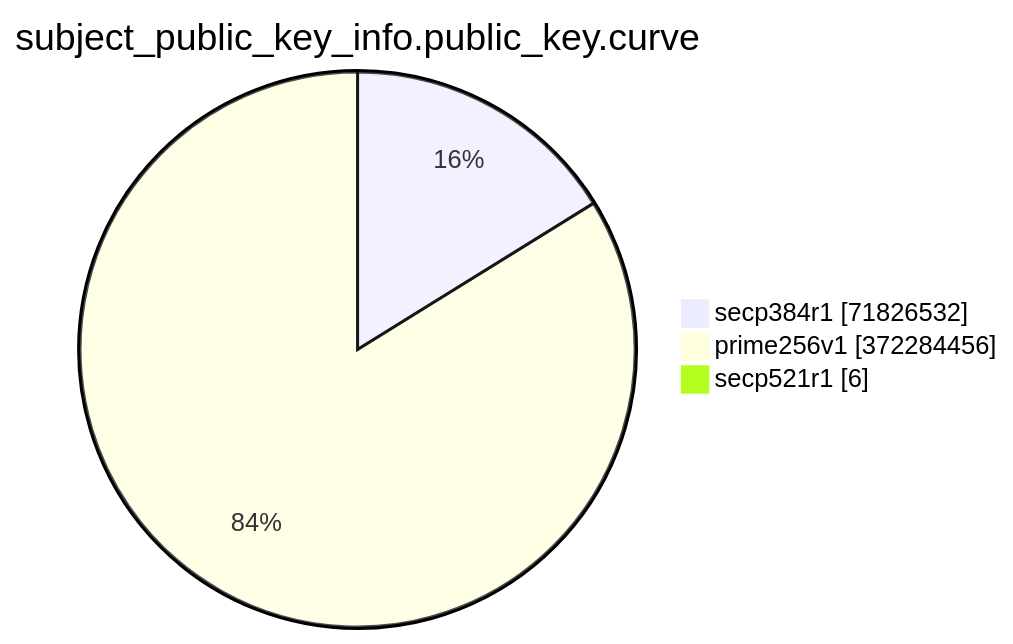
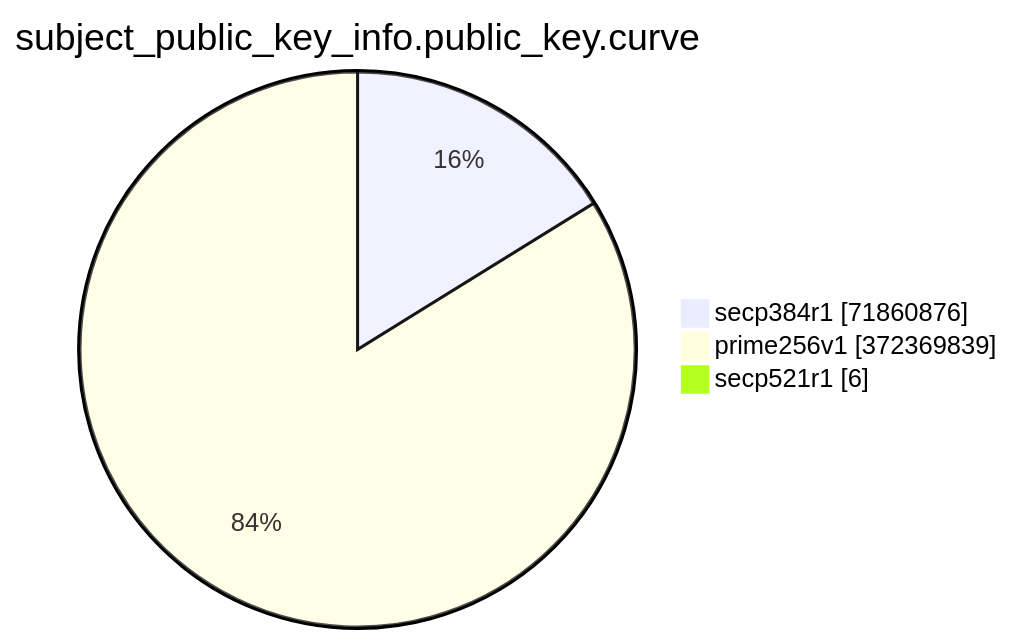
The eighth of 15 diagrams in TOTAL/README.md (christiankrug/ctmonitor_visualization), drawn with Mermaid before and after one commit. The commit also changed other lines of this file, not shown here.

````diff
--- a/TOTAL/README.md
+++ b/TOTAL/README.md
@@ -3094,7 +3094,7 @@
 ```mermaid
 pie showData
 title subject_public_key_info.public_key.curve
-"secp384r1" :71826532
-"prime256v1" :372284456
+"secp384r1" :71860876
+"prime256v1" :372369839
 "secp521r1" :6
 ```
````
